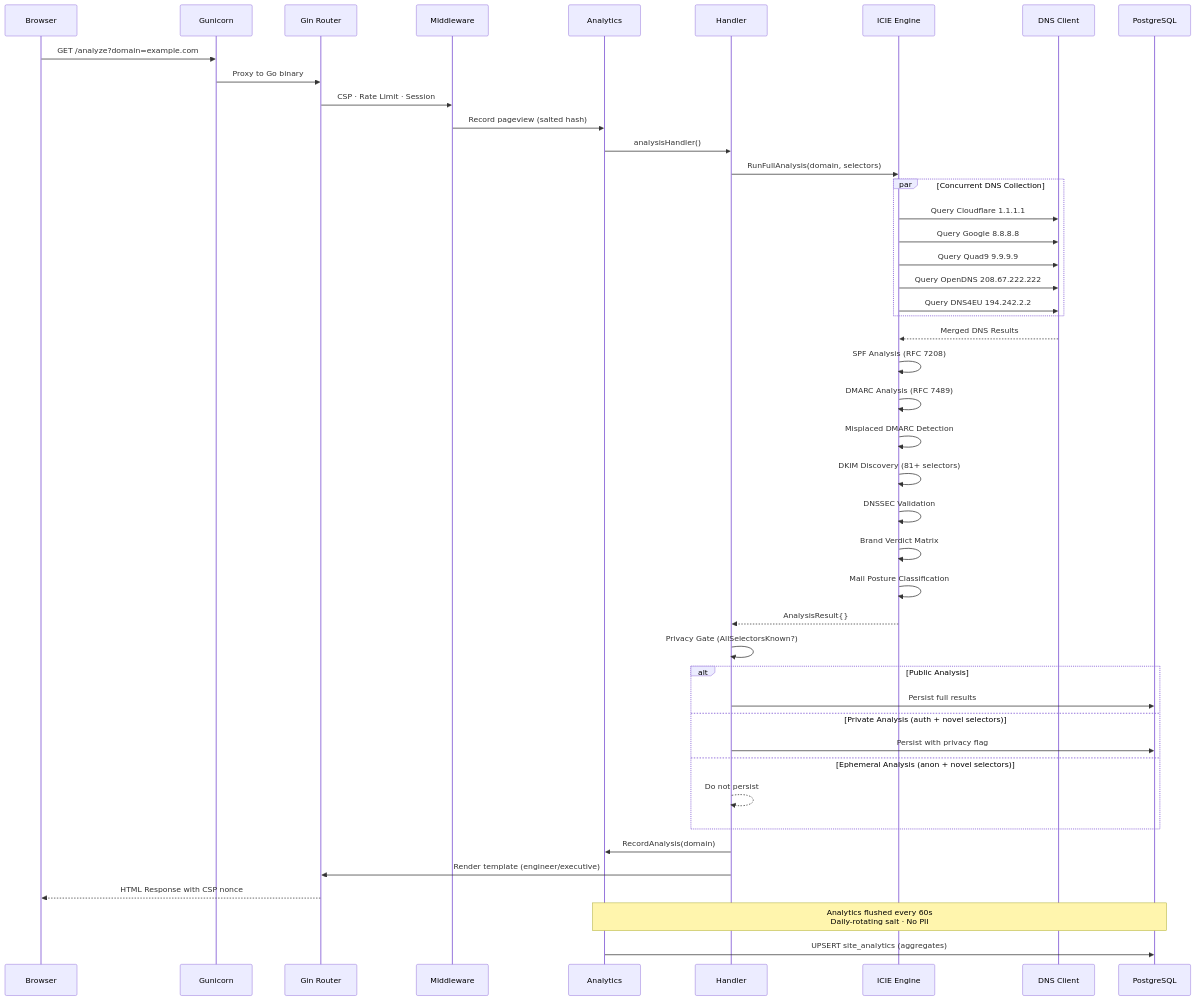
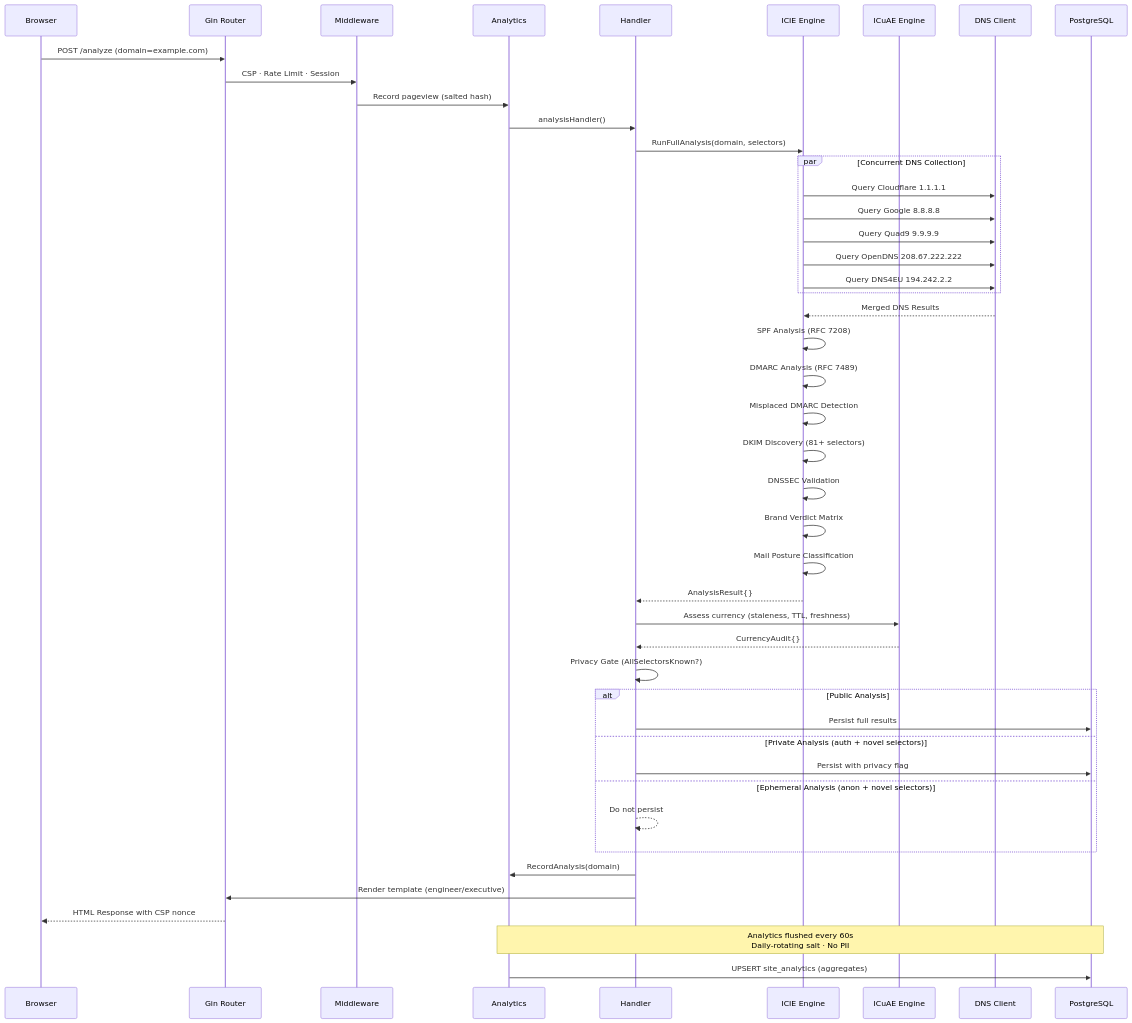
Before and after one commit to IT-Help-San-Diego/dns-tool-web: the seventh of 9 diagrams in docs/architecture/SYSTEM_ARCHITECTURE.md, drawn with Mermaid. The commit also changed other lines of this file and 11 other files, not shown here.

````diff
--- a/docs/architecture/SYSTEM_ARCHITECTURE.md
+++ b/docs/architecture/SYSTEM_ARCHITECTURE.md
@@ -406,58 +406,60 @@
 ```mermaid
 sequenceDiagram
     participant B as Browser
-    participant G as Gunicorn
     participant R as Gin Router
     participant MW as Middleware
     participant AN as Analytics
     participant H as Handler
     participant ICIE as ICIE Engine
+    participant ICuAE as ICuAE Engine
     participant DNS as DNS Client
     participant DB as PostgreSQL
 
-    B->>G: GET /analyze?domain=example.com
-    G->>R: Proxy to Go binary
+    B->>R: POST /analyze (domain=example.com)
     R->>MW: CSP · Rate Limit · Session
     MW->>AN: Record pageview (salted hash)
     AN->>H: analysisHandler()
     
     H->>ICIE: RunFullAnalysis(domain, selectors)
     
     par Concurrent DNS Collection
         ICIE->>DNS: Query Cloudflare 1.1.1.1
         ICIE->>DNS: Query Google 8.8.8.8
         ICIE->>DNS: Query Quad9 9.9.9.9
         ICIE->>DNS: Query OpenDNS 208.67.222.222
         ICIE->>DNS: Query DNS4EU 194.242.2.2
     end
     
     DNS-->>ICIE: Merged DNS Results
     
     ICIE->>ICIE: SPF Analysis (RFC 7208)
     ICIE->>ICIE: DMARC Analysis (RFC 7489)
     ICIE->>ICIE: Misplaced DMARC Detection
     ICIE->>ICIE: DKIM Discovery (81+ selectors)
     ICIE->>ICIE: DNSSEC Validation
     ICIE->>ICIE: Brand Verdict Matrix
     ICIE->>ICIE: Mail Posture Classification
     
     ICIE-->>H: AnalysisResult{}
     
+    H->>ICuAE: Assess currency (staleness, TTL, freshness)
+    ICuAE-->>H: CurrencyAudit{}
+    
     H->>H: Privacy Gate (AllSelectorsKnown?)
     
     alt Public Analysis
         H->>DB: Persist full results
     else Private Analysis (auth + novel selectors)
         H->>DB: Persist with privacy flag
     else Ephemeral Analysis (anon + novel selectors)
         H-->>H: Do not persist
     end
     
     H->>AN: RecordAnalysis(domain)
     
     H->>R: Render template (engineer/executive)
     R-->>B: HTML Response with CSP nonce
     
     Note over AN,DB: Analytics flushed every 60s<br/>Daily-rotating salt · No PII
     AN->>DB: UPSERT site_analytics (aggregates)
 ```
````
